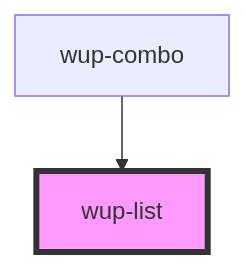
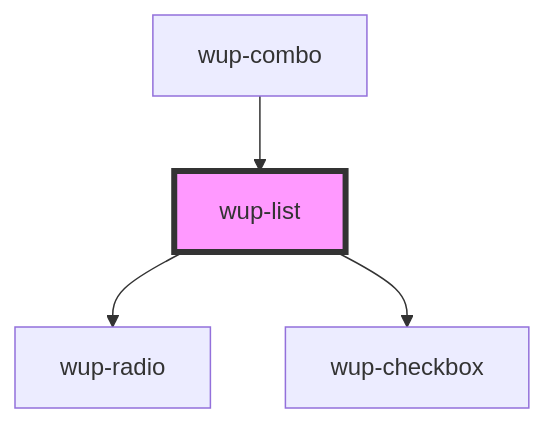
One commit to smeup/ketchup changed the diagram in packages/ketchup/src/components/wup-list/readme.md. Above: the diagram before and after it, drawn with Mermaid. The commit also changed other lines of this file and 2 other files, not shown here.

Commit message:
step intermedio wup-list

````diff
--- a/packages/ketchup/src/components/wup-list/readme.md
+++ b/packages/ketchup/src/components/wup-list/readme.md
@@ -38,5 +43,7 @@
 ```mermaid
 graph TD;
+  wup-list --> wup-radio
+  wup-list --> wup-checkbox
   wup-combo --> wup-list
   style wup-list fill:#f9f,stroke:#333,stroke-width:4px
 ```
````
